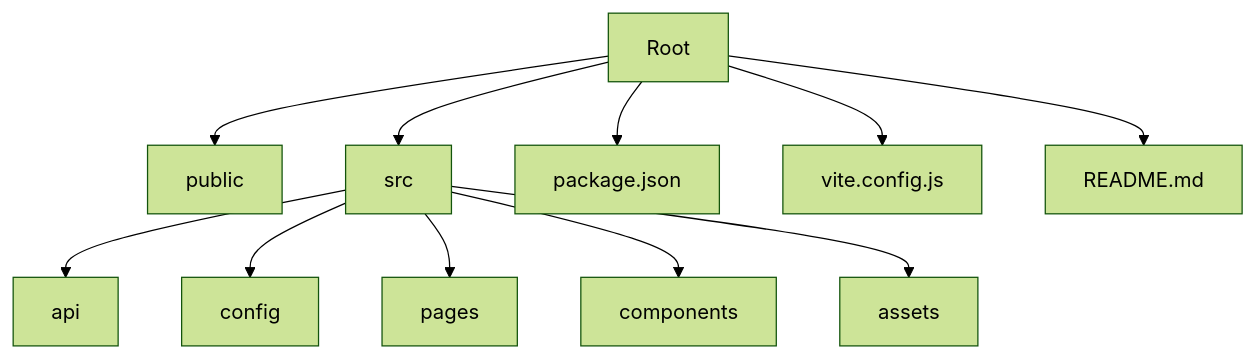
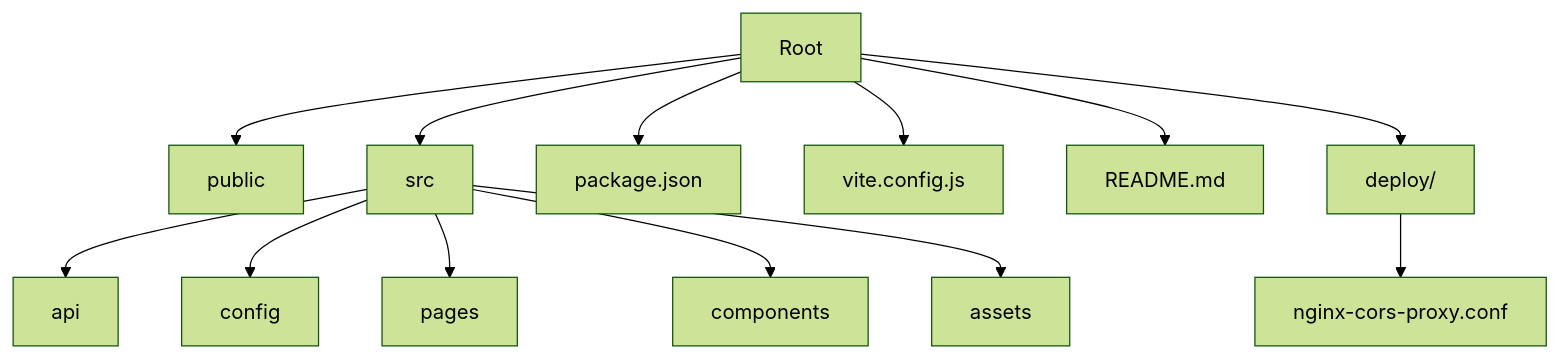
One commit to imcbsglobal/TRELLISCO_ERP_FRONTEND changed the first of 7 diagrams in .qoder/repowiki/en/content/Deployment Guide.md. Above: the diagram before and after it, drawn with Mermaid (forest theme). The commit also changed other lines of this file and 24 other files, not shown here.

````diff
--- a/.qoder/repowiki/en/content/Deployment Guide.md
+++ b/.qoder/repowiki/en/content/Deployment Guide.md
@@ -52,13 +68,15 @@
 ```mermaid
 graph TB
 A["Root"] --> B["public"]
 A --> C["src"]
 C --> D["api"]
 C --> E["config"]
 C --> F["pages"]
 C --> G["components"]
 C --> H["assets"]
 A --> I["package.json"]
 A --> J["vite.config.js"]
 A --> K["README.md"]
+A --> L["deploy/"]
+L --> M["nginx-cors-proxy.conf"]
 ```
````
